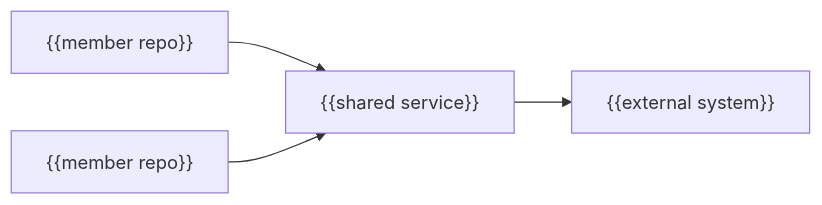
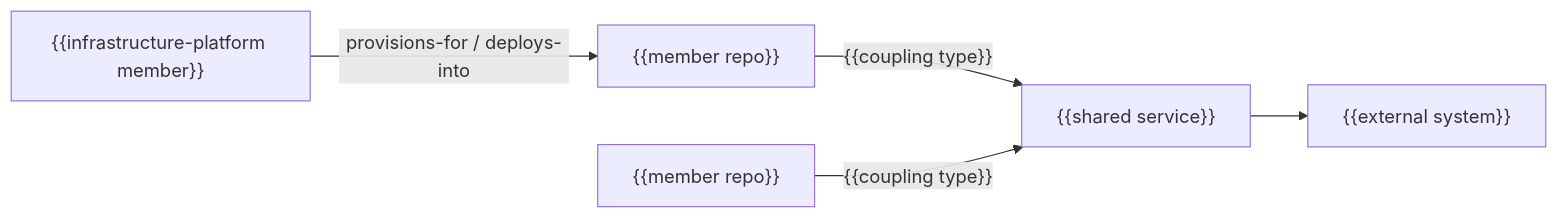
The diagram in skills/docforge/assets/templates/system-context.md (jonaskahn/docforge), drawn with Mermaid before and after one commit. The commit also changed other lines of this file and 284 other files, not shown here.

````diff
--- a/skills/docforge/assets/templates/system-context.md
+++ b/skills/docforge/assets/templates/system-context.md
@@ -21,6 +21,7 @@
 ```mermaid
 flowchart LR
-  Member1["{{member repo}}"] --> Shared["{{shared service}}"]
-  Member2["{{member repo}}"] --> Shared
+  Member1["{{member repo}}"] -->|"{{coupling type}}"| Shared["{{shared service}}"]
+  Member2["{{member repo}}"] -->|"{{coupling type}}"| Shared
   Shared --> External["{{external system}}"]
+  Infra["{{infrastructure-platform member}}"] -->|"provisions-for / deploys-into"| Member1
 ```
````
